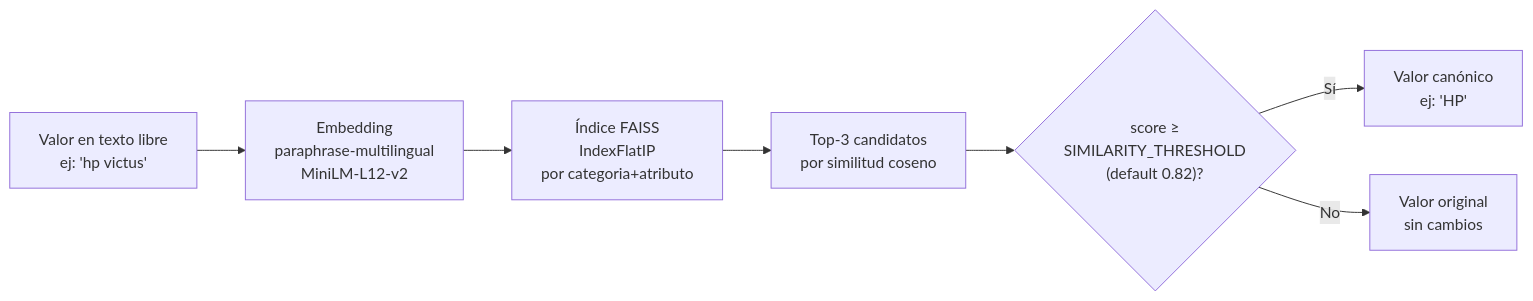
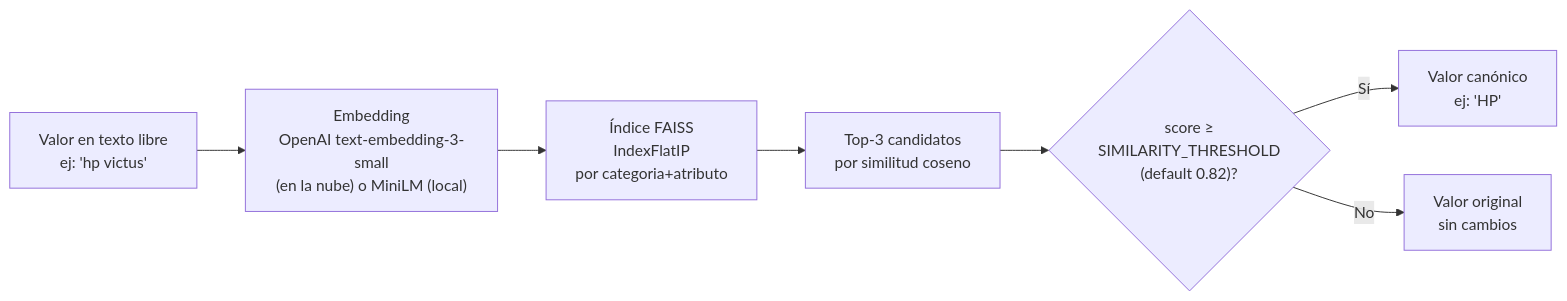
One commit to eduardomoyab/MVP1-AIChileCompra-backend changed the second of 2 diagrams in README_backend.md. Above: the diagram before and after it, drawn with Mermaid. The commit also changed other lines of this file and 1 other file, not shown here.

Commit message:
docs: add SSE/price example, fix embedding provider (openai en la nube), fix titles

````diff
--- a/README_backend.md
+++ b/README_backend.md
@@ -169,14 +219,14 @@
 ```mermaid
 flowchart LR
     IN["Valor en texto libre\nej: 'hp victus'"]
-    EMB["Embedding\nparaphrase-multilingual\nMiniLM-L12-v2"]
+    EMB["Embedding\nOpenAI text-embedding-3-small\n(en la nube) o MiniLM (local)"]
     IDX["Índice FAISS\nIndexFlatIP\npor categoria+atributo"]
     TOP["Top-3 candidatos\npor similitud coseno"]
     THR{"score ≥\nSIMILARITY_THRESHOLD\n(default 0.82)?"}
     OK["Valor canónico\nej: 'HP'"]
     ORIG["Valor original\nsin cambios"]
 
     IN --> EMB --> IDX --> TOP --> THR
     THR -- Sí --> OK
     THR -- No --> ORIG
 ```
````
